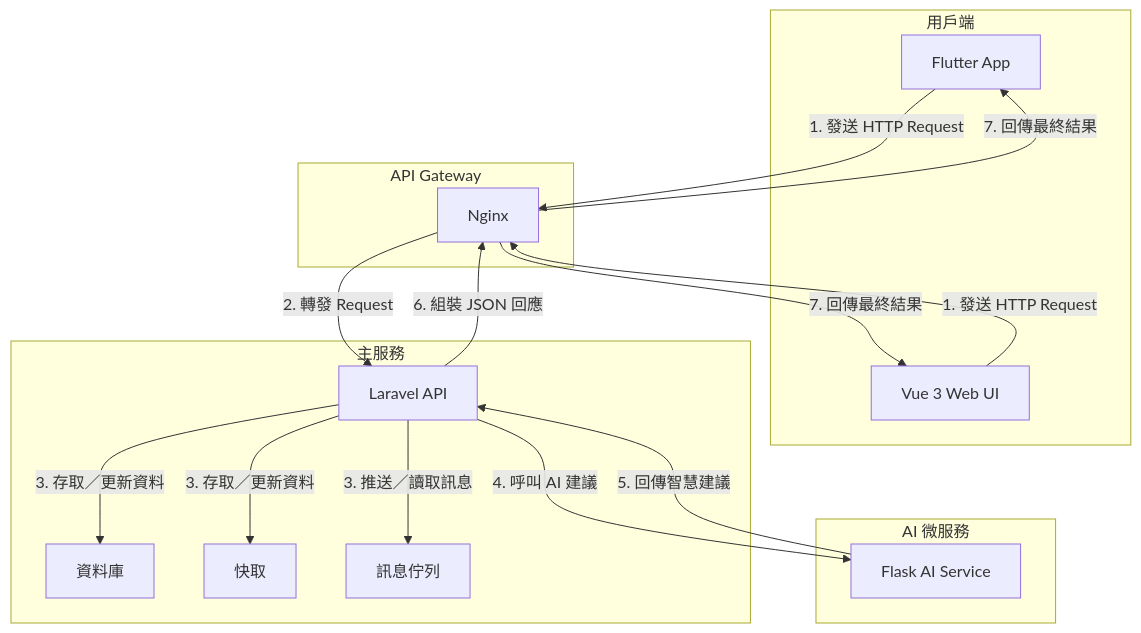
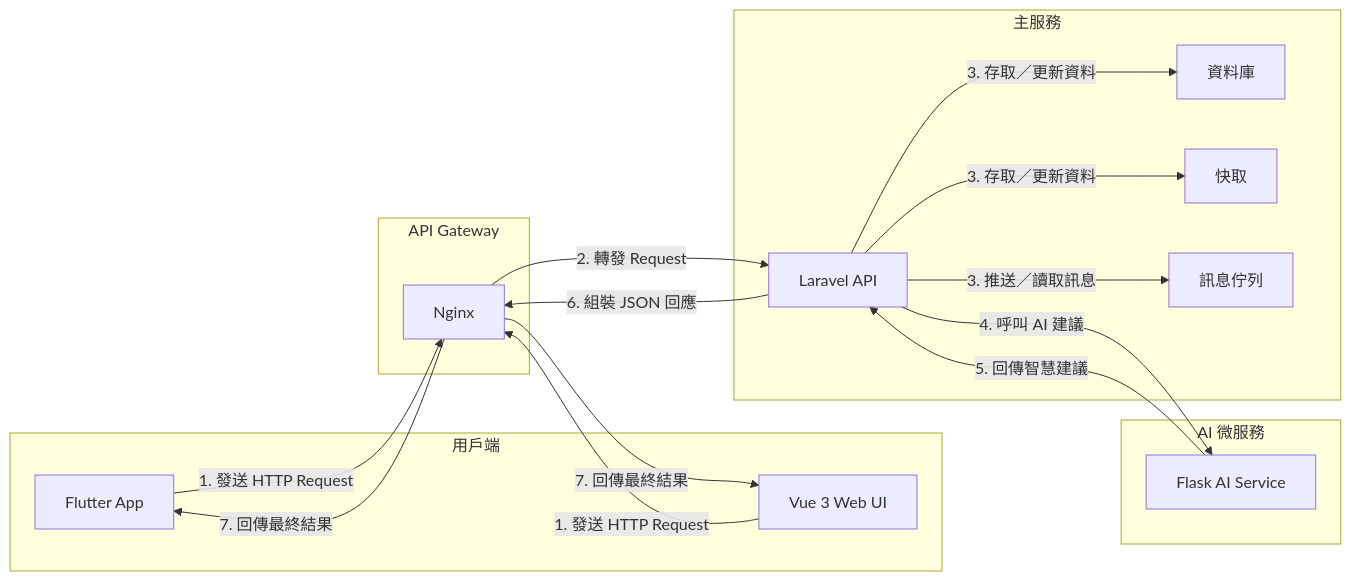
One commit to BpsEason/petcarehub changed the diagram in README.md. Above: the diagram before and after it, drawn with Mermaid.

````diff
--- a/README.md
+++ b/README.md
@@ -44,36 +44,36 @@
 ```mermaid
-graph TD
-  %% Subgraph ID 使用 ASCII，方括號中顯示中文名稱
-  subgraph clients [用戶端]
-    A1["Flutter App"]
-    A2["Vue 3 Web UI"]
-  end
+graph LR
+    %% Subgraph ID 使用 ASCII，方括號中顯示中文名稱
+    subgraph clients ["用戶端"]
+        A1["Flutter App"]
+        A2["Vue 3 Web UI"]
+    end
 
-  subgraph gateway [API Gateway]
-    B["Nginx"]
-  end
+    subgraph gateway ["API Gateway"]
+        B["Nginx"]
+    end
 
-  subgraph main [主服務]
-    C["Laravel API"]
-    D["資料庫"]
-    E["快取"]
-    F["訊息佇列"]
-  end
+    subgraph main ["主服務"]
+        C["Laravel API"]
+        D["資料庫"]
+        E["快取"]
+        F["訊息佇列"]
+    end
 
-  subgraph ai [AI 微服務]
-    G["Flask AI Service"]
-  end
+    subgraph ai ["AI 微服務"]
+        G["Flask AI Service"]
+    end
 
-  A1 -->|1. 發送 HTTP Request| B
-  A2 -->|1. 發送 HTTP Request| B
-  B  -->|2. 轉發 Request| C
-  C  -->|3. 存取／更新資料| D
-  C  -->|3. 存取／更新資料| E
-  C  -->|3. 推送／讀取訊息| F
-  C  -->|4. 呼叫 AI 建議| G
-  G  -->|5. 回傳智慧建議| C
-  C  -->|6. 組裝 JSON 回應| B
-  B  -->|7. 回傳最終結果| A1
-  B  -->|7. 回傳最終結果| A2
+    A1 -->|1. 發送 HTTP Request| B
+    A2 -->|1. 發送 HTTP Request| B
+    B -->|2. 轉發 Request| C
+    C -->|3. 存取／更新資料| D
+    C -->|3. 存取／更新資料| E
+    C -->|3. 推送／讀取訊息| F
+    C -->|4. 呼叫 AI 建議| G
+    G -->|5. 回傳智慧建議| C
+    C -->|6. 組裝 JSON 回應| B
+    B -->|7. 回傳最終結果| A1
+    B -->|7. 回傳最終結果| A2
 
 ```
````
